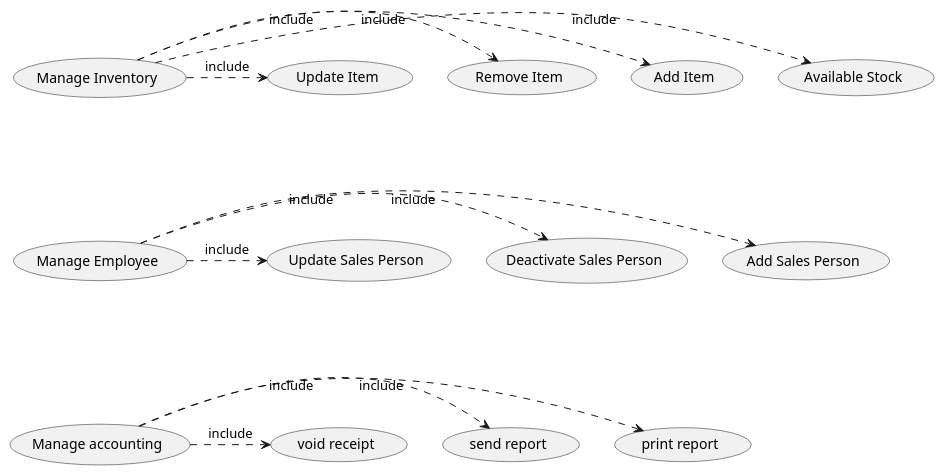
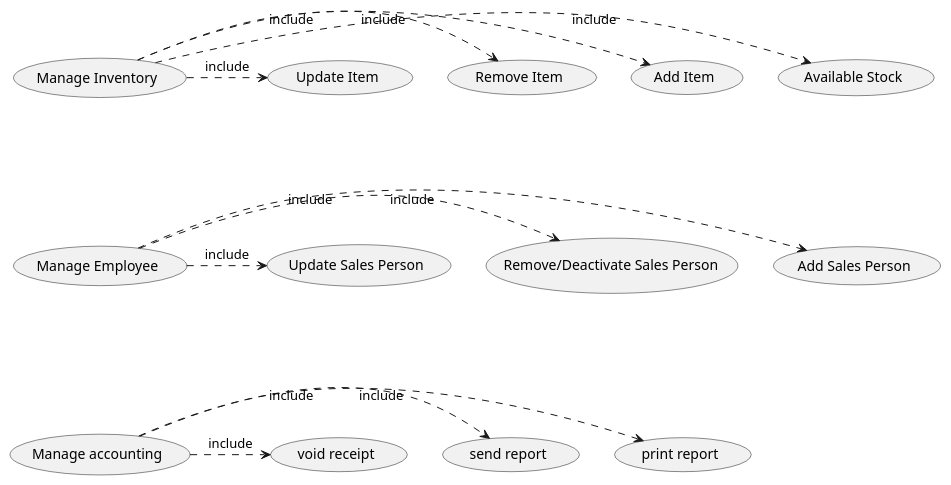
Before and after one commit to zitabou/EZShop: the third of 5 diagrams in Deliverables/RequirementsDocument.md, drawn with PlantUML. The commit also changed other lines of this file, not shown here.

````diff
--- a/Deliverables/RequirementsDocument.md
+++ b/Deliverables/RequirementsDocument.md
@@ -276,18 +286,19 @@
 ```plantuml
 @startuml
 (Manage Inventory) .> (Available Stock) :include
 (Manage Inventory) .> (Add Item) :include
 (Manage Inventory) .> (Remove Item) :include
 (Manage Inventory) .> (Update Item) :include
 
 (Manage Employee) -[hidden]up-- (Manage Inventory)
 (Manage Employee) .> (Add Sales Person) :include
-(Manage Employee) .> (Deactivate Sales Person) :include
+(Manage Employee) .> (Remove/Deactivate Sales Person) :include
 (Manage Employee) .> (Update Sales Person) :include
 
 (Manage accounting) -[hidden]up-- (Manage Employee)
 (Manage accounting) .> (print report) :include
 (Manage accounting) .> (send report) :include
 (Manage accounting) .> (void receipt) :include
+
 @enduml
 ```
````
